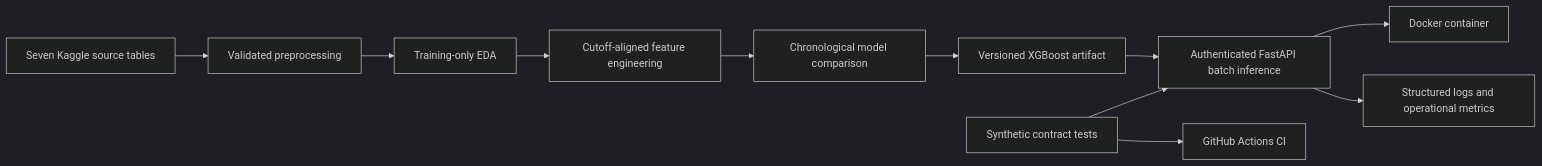
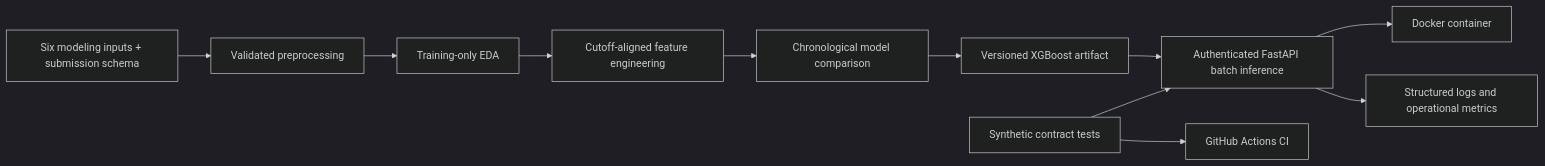
Before and after one commit to mthufailsamas/retail-sales-forecasting-ai-engineering: the diagram in README.md, drawn with Mermaid (dark theme). The commit also changed other lines of this file and 1 other file, not shown here.

````diff
--- a/README.md
+++ b/README.md
@@ -32,13 +32,13 @@
 ```mermaid
 flowchart LR
-    A["Seven Kaggle source tables"] --> B["Validated preprocessing"]
+    A["Six modeling inputs + submission schema"] --> B["Validated preprocessing"]
     B --> C["Training-only EDA"]
     C --> D["Cutoff-aligned feature engineering"]
     D --> E["Chronological model comparison"]
     E --> F["Versioned XGBoost artifact"]
     F --> G["Authenticated FastAPI batch inference"]
     G --> H["Docker container"]
     G --> K["Structured logs and operational metrics"]
     I["Synthetic contract tests"] --> G
     I --> J["GitHub Actions CI"]
 ```
````
